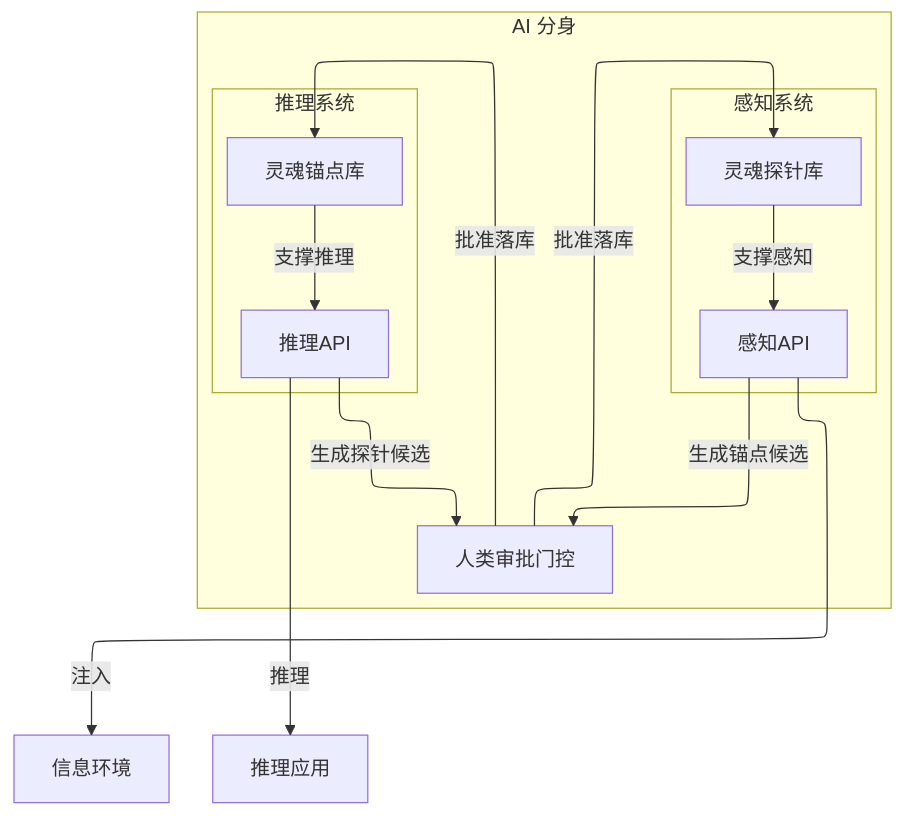
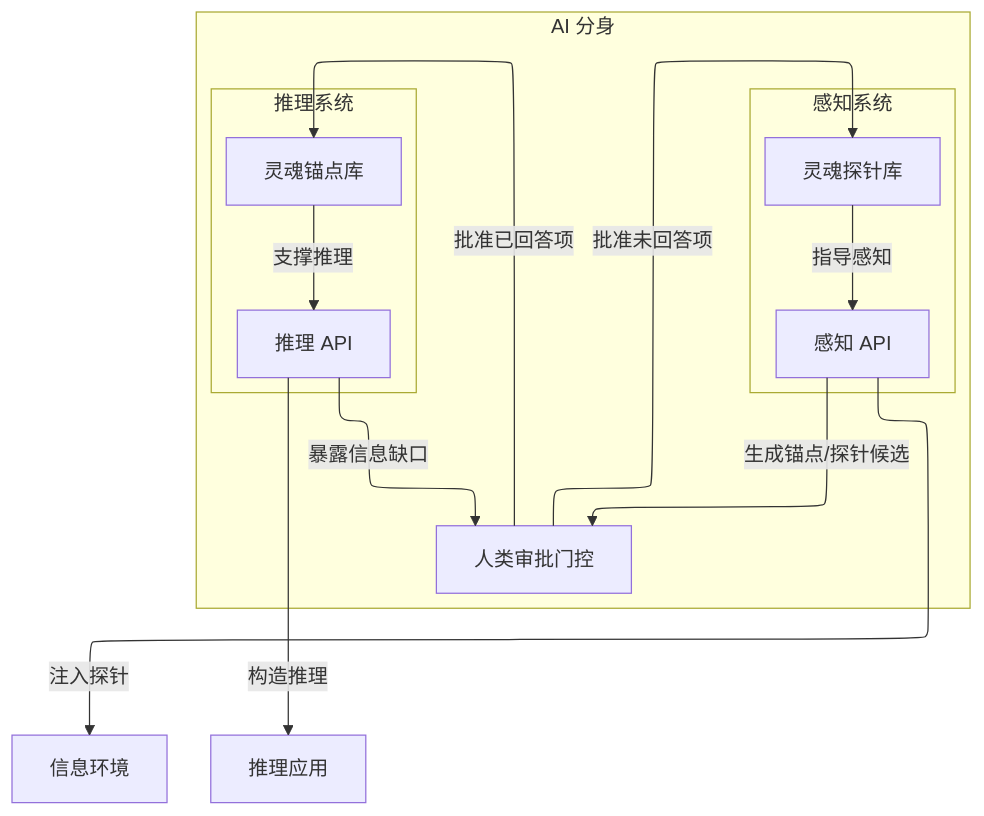
One commit to zccz14/ReMi changed the first of 3 diagrams in README.md. Above: the diagram before and after it, drawn with Mermaid. The commit also changed other lines of this file, not shown here.

````diff
--- a/README.md
+++ b/README.md
@@ -32,30 +32,29 @@
 ```mermaid
 flowchart-elk TD
     subgraph AI 分身
         B[人类审批门控]
 
         subgraph 感知系统
-            A[感知API]
+            A[感知 API]
             F[灵魂探针库]
         end
 
         subgraph 推理系统
             C[灵魂锚点库]
-            E[推理API]
+            E[推理 API]
         end
 
-
-        E -->|生成探针候选| B
-        A -->|生成锚点候选| B
+        E -->|暴露信息缺口| B
+        A -->|生成锚点/探针候选| B
         C -->|支撑推理| E
-        F -->|支撑感知| A
+        F -->|指导感知| A
     end
-    B -->|批准落库| F
-    B -->|批准落库| C
+    B -->|批准未回答项| F
+    B -->|批准已回答项| C
 
     I[信息环境]
     D[推理应用]
 
-    A -->|注入| I
-    E -->|推理| D
+    A -->|注入探针| I
+    E -->|构造推理| D
 ```
````
